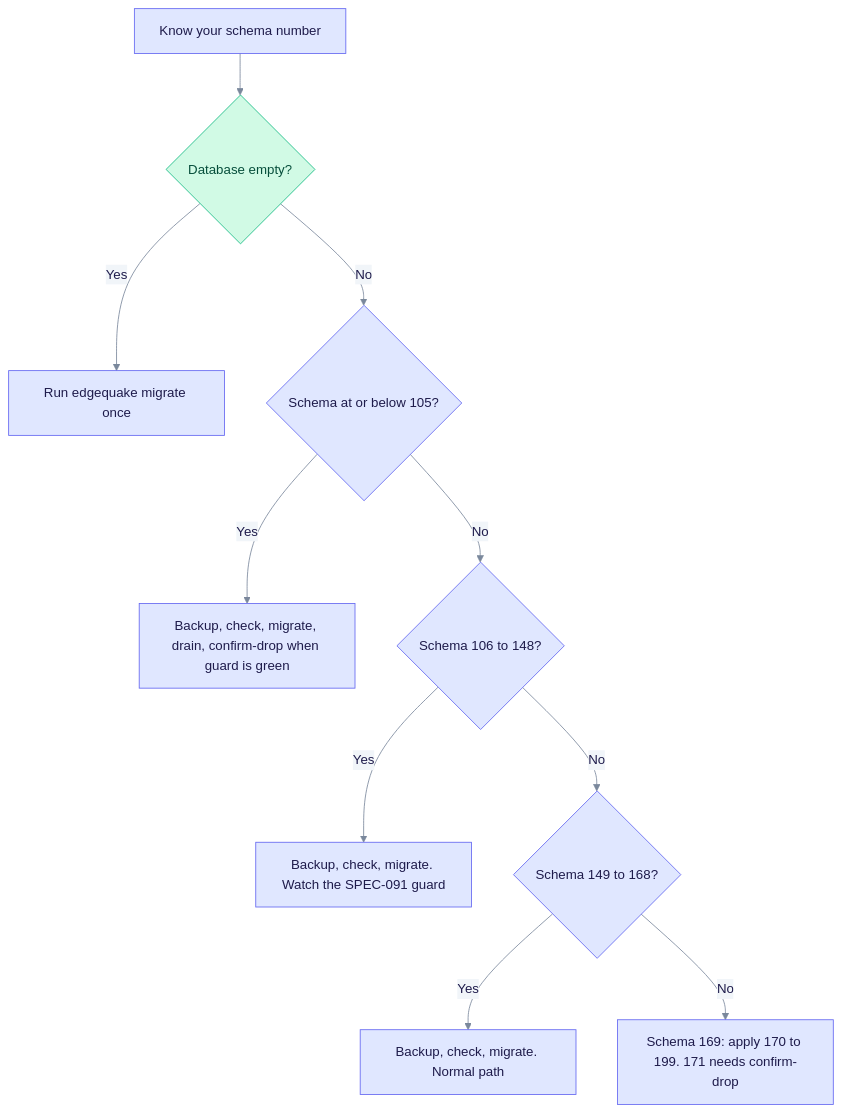
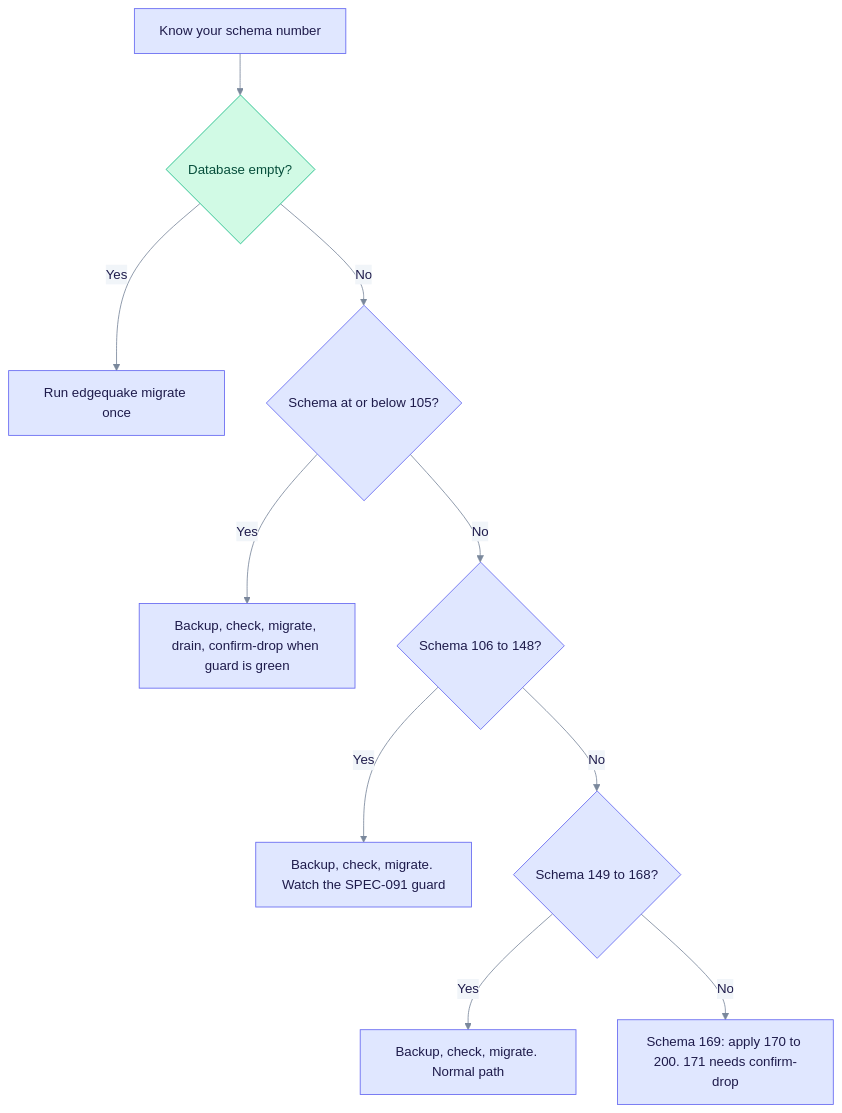
Before and after one commit to YatchiYa/edgequake: the first of 3 diagrams in docs/operations/upgrading.md, drawn with Mermaid. The commit also changed other lines of this file and 12 other files, not shown here.

````diff
--- a/docs/operations/upgrading.md
+++ b/docs/operations/upgrading.md
@@ -24,17 +24,17 @@
 ```mermaid
 %%{init: {"theme":"base","themeVariables":{"primaryColor":"#E0E7FF","primaryBorderColor":"#6366F1","primaryTextColor":"#1E1B4B","secondaryColor":"#D1FAE5","secondaryBorderColor":"#10B981","secondaryTextColor":"#064E3B","tertiaryColor":"#FEF3C7","tertiaryBorderColor":"#F59E0B","tertiaryTextColor":"#6B7A90","lineColor":"#7A889C","clusterBkg":"rgba(99,102,241,0.07)","clusterBorder":"#A5B4FC","noteBkgColor":"#FEF9C3","noteTextColor":"#422006","textColor":"#6B7A90","titleColor":"#6B7A90","signalColor":"#7A889C","signalTextColor":"#6B7A90","loopTextColor":"#6B7A90","edgeLabelBackground":"#F1F5F9","actorLineColor":"#94A3B8"}}}%%
 %% eq-theme:v1
 flowchart TD
   A["Know your schema number"] --> B{"Database empty?"}
   B -->|Yes| C["Run edgequake migrate once"]
   B -->|No| D{"Schema at or below 105?"}
   D -->|Yes| E["Backup, check, migrate, drain, confirm-drop when guard is green"]
   D -->|No| F{"Schema 106 to 148?"}
   F -->|Yes| G["Backup, check, migrate. Watch the SPEC-091 guard"]
   F -->|No| H{"Schema 149 to 168?"}
   H -->|Yes| I["Backup, check, migrate. Normal path"]
-  H -->|No| J["Schema 169: apply 170 to 199. 171 needs confirm-drop"]
+  H -->|No| J["Schema 169: apply 170 to 200. 171 needs confirm-drop"]
 %% eq-classes
 classDef eqStore fill:#D1FAE5,stroke:#10B981,color:#064E3B
 class B eqStore
 ```
````
